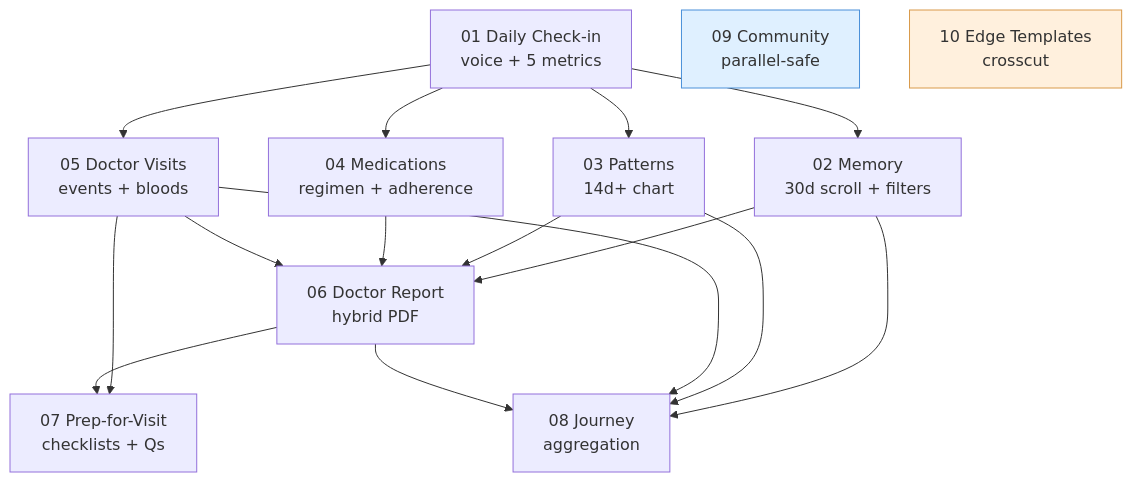
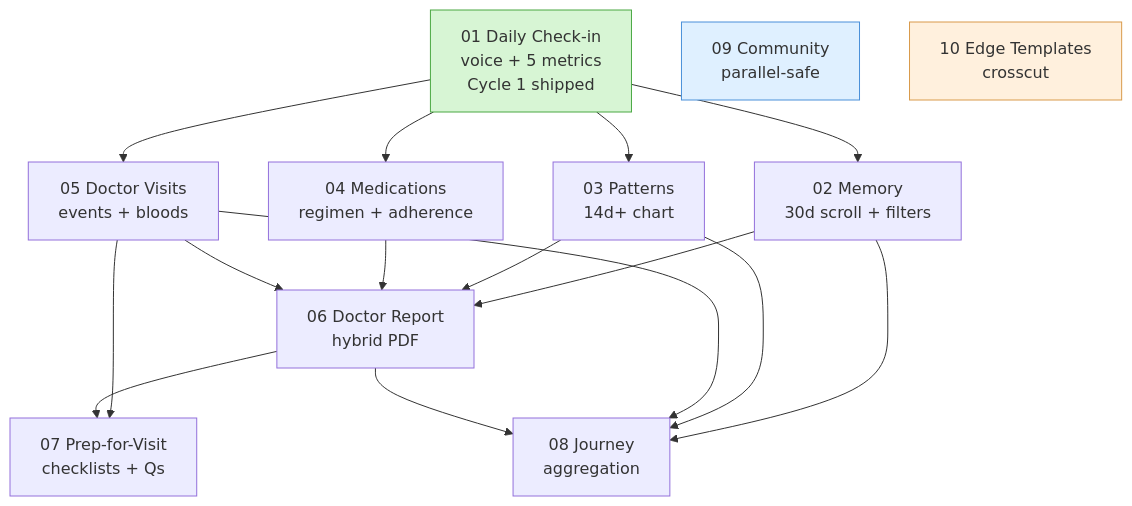
Before and after one commit to rewant24/autoimmune-health-companion: the first of 5 diagrams in docs/system-map.md, drawn with Mermaid. The commit also changed 3 other files, not shown here.

First line of the commit message:
feat(f01): ship Cycle 1 — voice + Convex + orb UI foundation

````diff
--- a/docs/system-map.md
+++ b/docs/system-map.md
@@ -16,32 +16,32 @@
 ```mermaid
 graph TD
-    F01[01 Daily Check-in<br/>voice + 5 metrics]
+    F01[01 Daily Check-in<br/>voice + 5 metrics<br/>Cycle 1 shipped]:::shipped
     F02[02 Memory<br/>30d scroll + filters]
     F03[03 Patterns<br/>14d+ chart]
     F04[04 Medications<br/>regimen + adherence]
     F05[05 Doctor Visits<br/>events + bloods]
     F06[06 Doctor Report<br/>hybrid PDF]
     F07[07 Prep-for-Visit<br/>checklists + Qs]
     F08[08 Journey<br/>aggregation]
     F09[09 Community<br/>parallel-safe]:::parallel
     F10[10 Edge Templates<br/>crosscut]:::crosscut
 
     F01 --> F02
     F01 --> F03
     F01 --> F04
     F01 --> F05
     F02 --> F06
     F03 --> F06
     F04 --> F06
     F05 --> F06
     F05 --> F07
     F06 --> F07
     F02 --> F08
     F03 --> F08
     F05 --> F08
     F06 --> F08
 
     classDef parallel fill:#dff0ff,stroke:#4a90d9
     classDef crosscut fill:#fff0dd,stroke:#d99a4a
     classDef shipped fill:#d7f5d4,stroke:#4aa843
 ```
````
